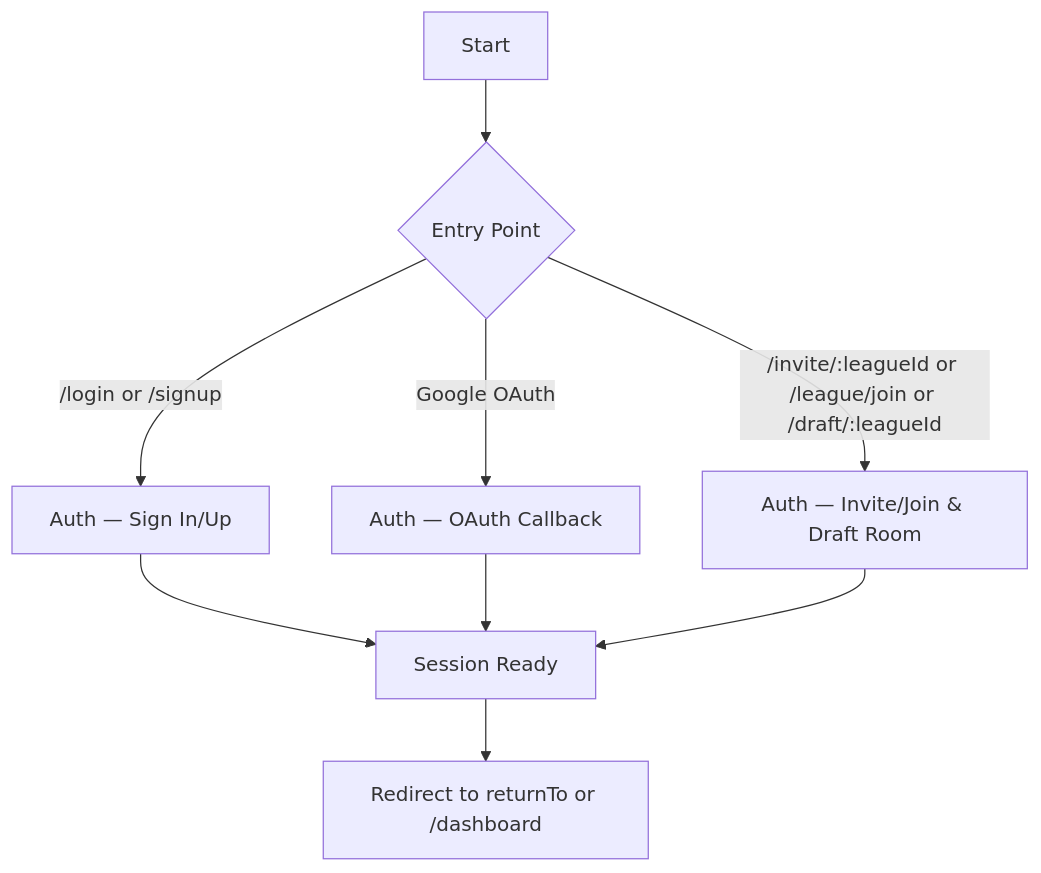
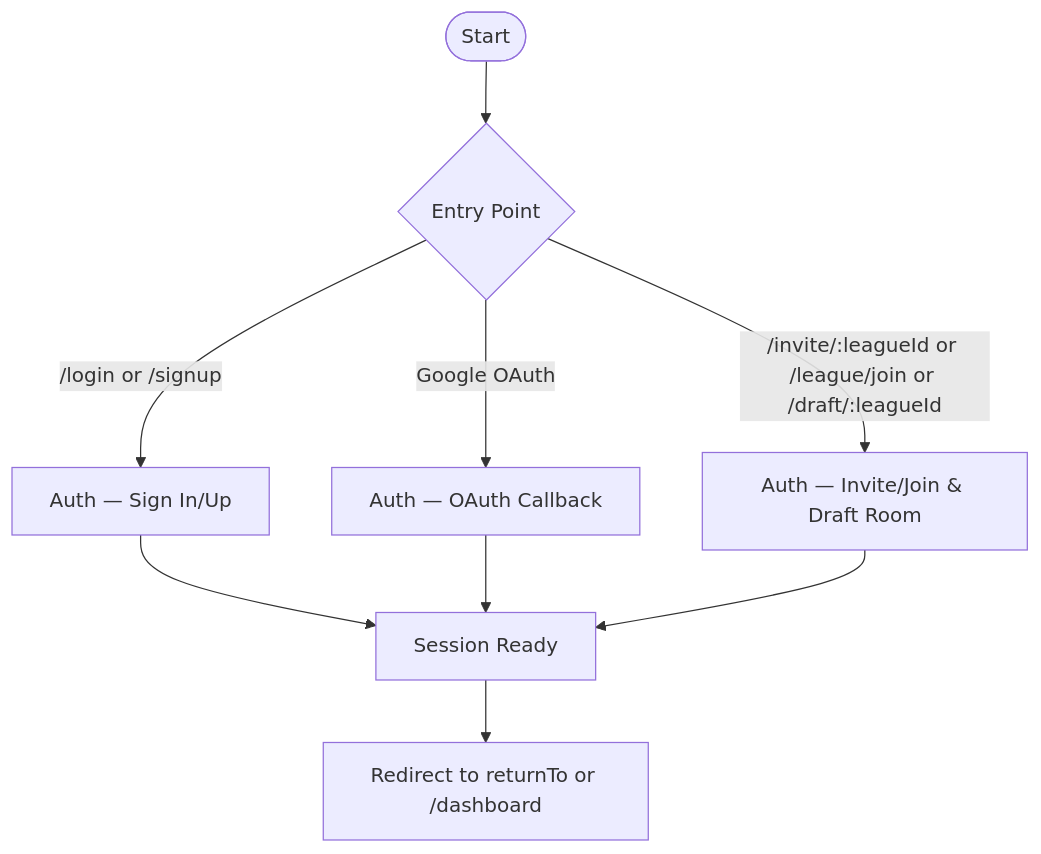
Before and after one commit to kpm34/college-football-fantasy-app: the first of 2 diagrams in docs/diagrams/user-journeys/auth-user-flow.md, drawn with Mermaid. The commit also changed 2 other files, not shown here.

Commit message:
fix(diagrams): standardize auth journey subgraph titles; remove bracketed shapes; neutralize slash shapes; fix start terminator; ensure LR arrows unencoded

````diff
--- a/docs/diagrams/user-journeys/auth-user-flow.md
+++ b/docs/diagrams/user-journeys/auth-user-flow.md
@@ -26,13 +26,13 @@
 ```mermaid
 flowchart TD
-  A[Start] --> B{Entry Point}
+  A([Start]) --> B{Entry Point}
   B -->|/login or /signup| S1[Auth — Sign In/Up]
   B -->|Google OAuth| S2[Auth — OAuth Callback]
   %% Mermaid link labels do not like square brackets; use :leagueId for legibility
   B -->|/invite/:leagueId or /league/join or /draft/:leagueId| S3[Auth — Invite/Join & Draft Room]
 
   S1 --> E[Session Ready]
   S2 --> E
   S3 --> E
   E --> R[Redirect to returnTo or /dashboard]
 ```
````
